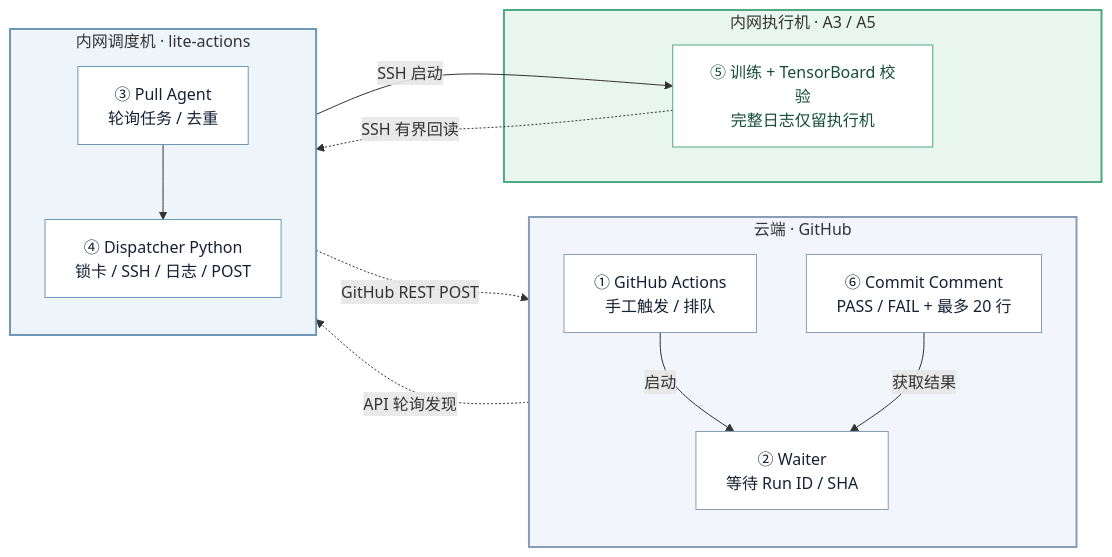
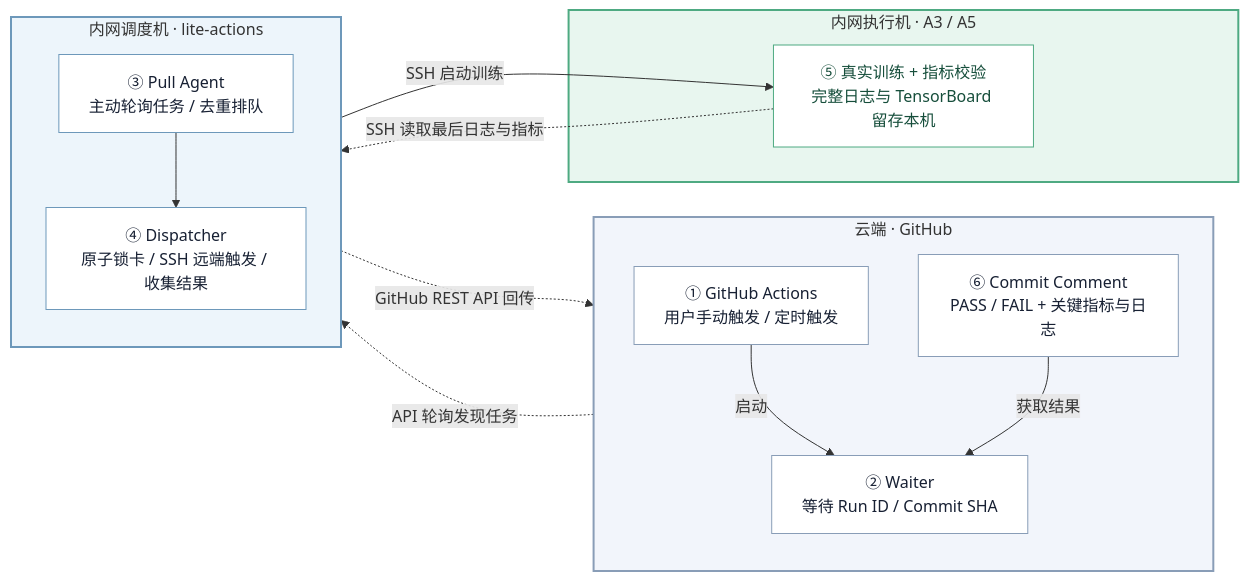
One commit to depeng1994/lite-actions changed the second of 2 diagrams in README.md. Above: the diagram before and after it, drawn with Mermaid. The commit also changed other lines of this file and 2 other files, not shown here.

````diff
--- a/README.md
+++ b/README.md
@@ -34,37 +40,37 @@
 ```mermaid
 flowchart LR
     subgraph GH["云端 · GitHub"]
         direction TB
-        W["① GitHub Actions<br/>手工触发 / 排队"]
-        H["② Waiter<br/>等待 Run ID / SHA"]
-        C["⑥ Commit Comment<br/>PASS / FAIL + 最多 20 行"]
+        W["① GitHub Actions<br/>用户手动触发 / 定时触发"]
+        H["② Waiter<br/>等待 Run ID / Commit SHA"]
+        C["⑥ Commit Comment<br/>PASS / FAIL + 关键指标与日志"]
         W -->|"启动"| H
         C -->|"获取结果"| H
     end
 
     subgraph DIS["内网调度机 · lite-actions"]
         direction TB
-        A["③ Pull Agent<br/>轮询任务 / 去重"]
-        D["④ Dispatcher Python<br/>锁卡 / SSH / 日志 / POST"]
+        A["③ Pull Agent<br/>主动轮询任务 / 去重排队"]
+        D["④ Dispatcher<br/>原子锁卡 / SSH 远端触发 / 收集结果"]
         A --> D
     end
 
     subgraph EX["内网执行机 · A3 / A5"]
-        X["⑤ 训练 + TensorBoard 校验<br/>完整日志仅留执行机"]
+        X["⑤ 真实训练 + 指标校验<br/>完整日志与 TensorBoard 留存本机"]
     end
 
-    W -.->|"API 轮询发现"| A
-    D -->|"SSH 启动"| X
-    X -.->|"SSH 有界回读"| D
-    D -.->|"GitHub REST POST"| C
+    W -.->|"API 轮询发现任务"| A
+    D -->|"SSH 启动训练"| X
+    X -.->|"SSH 读取最后日志与指标"| D
+    D -.->|"GitHub REST API 回传"| C
 
     style GH fill:#f2f5fb,stroke:#899db7,stroke-width:2px
     style DIS fill:#edf5fb,stroke:#6d98ba,stroke-width:2px
     style EX fill:#e8f6ef,stroke:#4eaa82,stroke-width:2px
     classDef cloud fill:#ffffff,stroke:#899db7,color:#172033
     classDef dispatch fill:#ffffff,stroke:#6d98ba,color:#172033
     classDef execution fill:#ffffff,stroke:#4eaa82,color:#164e3b
     class W,H,C cloud
     class A,D dispatch
     class X execution
 ```
````
